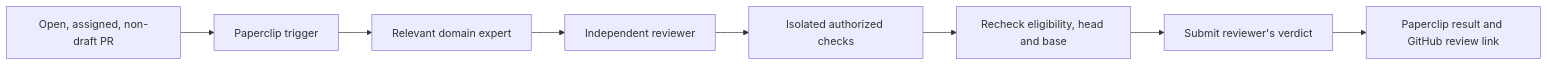
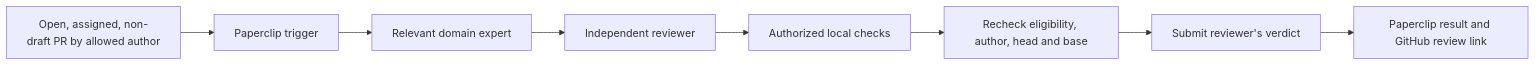
Before and after one commit to Zhachory1/docs: the diagram in projects/paperclip-pr-review/prd.md, drawn with Mermaid. The commit also changed other lines of this file and 1 other file, not shown here.

First line of the commit message:
Design: Native assigned PR reviews with APPROVE/COMMENT publication (#39)

````diff
--- a/projects/paperclip-pr-review/prd.md
+++ b/projects/paperclip-pr-review/prd.md
@@ -97,10 +116,10 @@
 ```mermaid
 flowchart LR
-    PR["Open, assigned, non-draft PR"] --> Trigger["Paperclip trigger"]
+    PR["Open, assigned, non-draft PR by allowed author"] --> Trigger["Paperclip trigger"]
     Trigger --> Expert["Relevant domain expert"]
     Expert --> Reviewer["Independent reviewer"]
-    Reviewer --> Sandbox["Isolated authorized checks"]
-    Sandbox --> Recheck["Recheck eligibility, head and base"]
+    Reviewer --> Checks["Authorized local checks"]
+    Checks --> Recheck["Recheck eligibility, author, head and base"]
     Recheck --> Review["Submit reviewer's verdict"]
     Review --> Record["Paperclip result and GitHub review link"]
 ```
````
